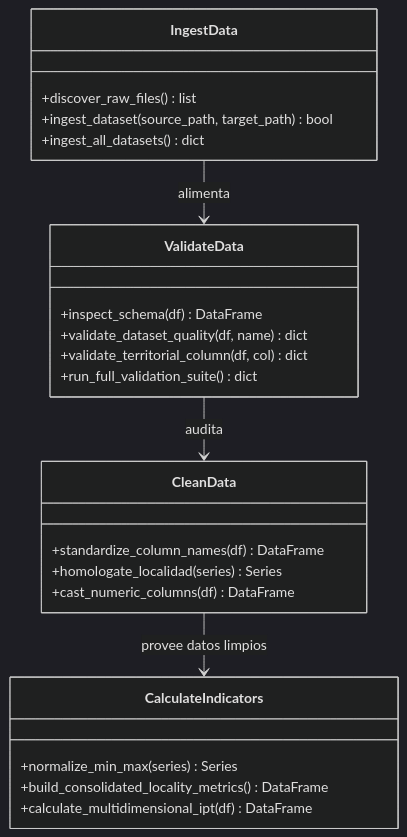
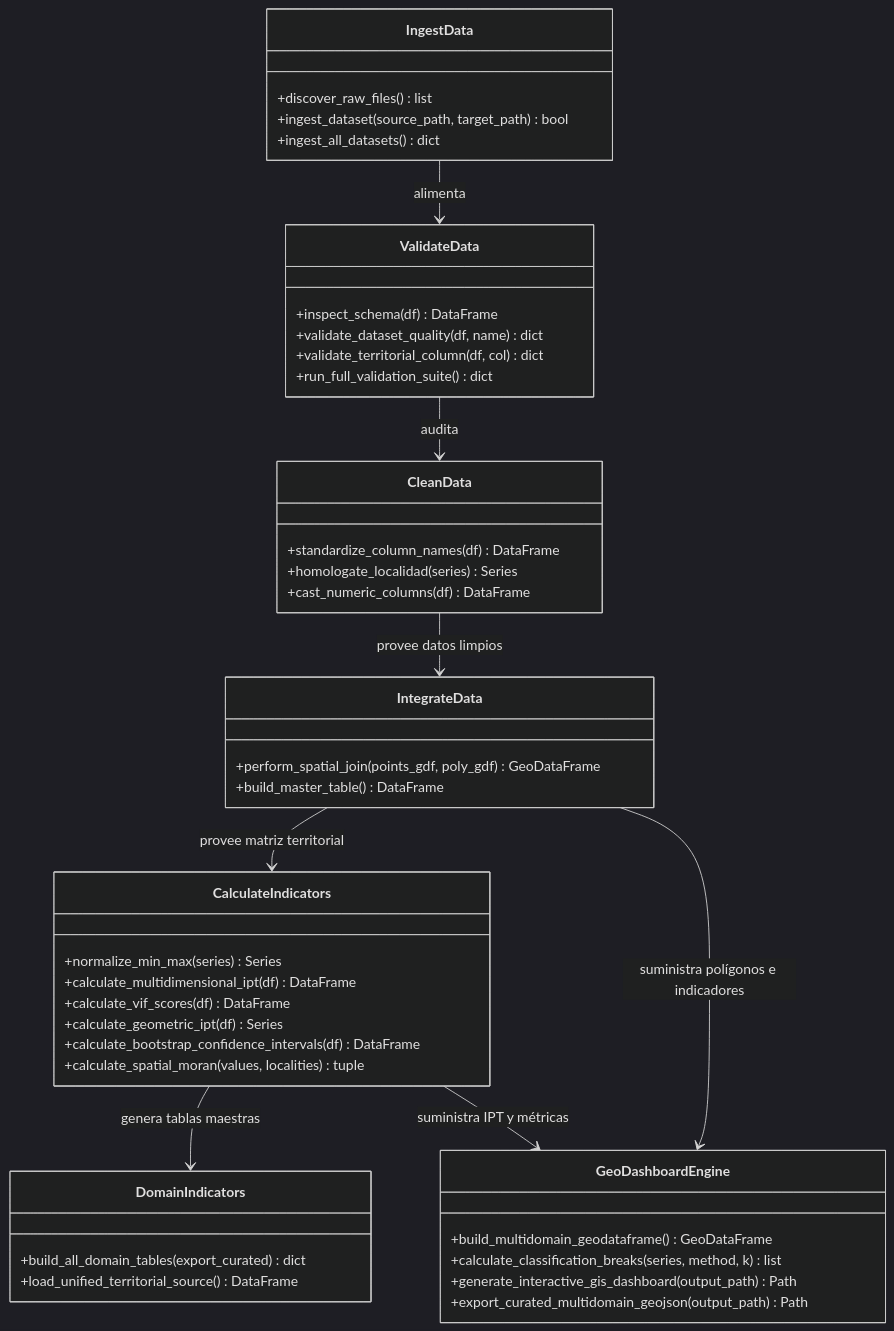
Before and after one commit to adansanchezc1-spec/DataJam_DataOlinguitos_Gen: the diagram in docs/02-architecture/diagrams/class-diagram.md, drawn with Mermaid (dark theme). The commit also changed other lines of this file and 72 other files, not shown here.

First line of the commit message:
feat(viz,docs): implement Web GIS dashboard with HCI protocols, unify to v1.0.0, and restructure documentation

````diff
--- a/docs/02-architecture/diagrams/class-diagram.md
+++ b/docs/02-architecture/diagrams/class-diagram.md
@@ -3,31 +3,55 @@
 ```mermaid
 classDiagram
     class IngestData {
         +discover_raw_files() list
         +ingest_dataset(source_path, target_path) bool
         +ingest_all_datasets() dict
     }
 
     class ValidateData {
         +inspect_schema(df) DataFrame
         +validate_dataset_quality(df, name) dict
         +validate_territorial_column(df, col) dict
         +run_full_validation_suite() dict
     }
 
     class CleanData {
         +standardize_column_names(df) DataFrame
         +homologate_localidad(series) Series
         +cast_numeric_columns(df) DataFrame
     }
 
+    class IntegrateData {
+        +perform_spatial_join(points_gdf, poly_gdf) GeoDataFrame
+        +build_master_table() DataFrame
+    }
+
     class CalculateIndicators {
         +normalize_min_max(series) Series
-        +build_consolidated_locality_metrics() DataFrame
         +calculate_multidimensional_ipt(df) DataFrame
+        +calculate_vif_scores(df) DataFrame
+        +calculate_geometric_ipt(df) Series
+        +calculate_bootstrap_confidence_intervals(df) DataFrame
+        +calculate_spatial_moran(values, localities) tuple
+    }
+
+    class DomainIndicators {
+        +build_all_domain_tables(export_curated) dict
+        +load_unified_territorial_source() DataFrame
+    }
+
+    class GeoDashboardEngine {
+        +build_multidomain_geodataframe() GeoDataFrame
+        +calculate_classification_breaks(series, method, k) list
+        +generate_interactive_gis_dashboard(output_path) Path
+        +export_curated_multidomain_geojson(output_path) Path
     }
 
     IngestData --> ValidateData : alimenta
     ValidateData --> CleanData : audita
-    CleanData --> CalculateIndicators : provee datos limpios
+    CleanData --> IntegrateData : provee datos limpios
+    IntegrateData --> CalculateIndicators : provee matriz territorial
+    CalculateIndicators --> DomainIndicators : genera tablas maestras
+    IntegrateData --> GeoDashboardEngine : suministra polígonos e indicadores
+    CalculateIndicators --> GeoDashboardEngine : suministra IPT y métricas
 ```
````
